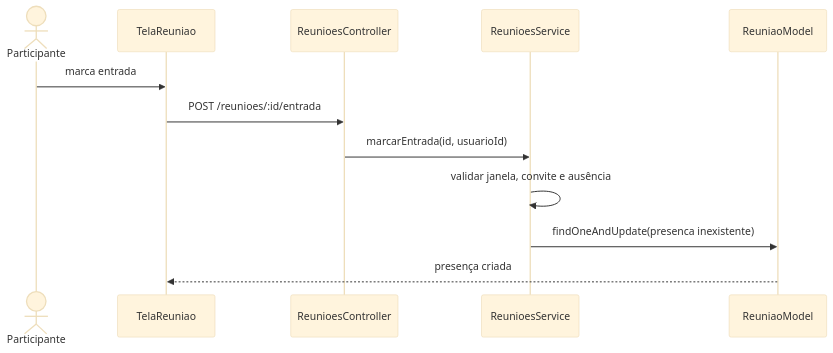
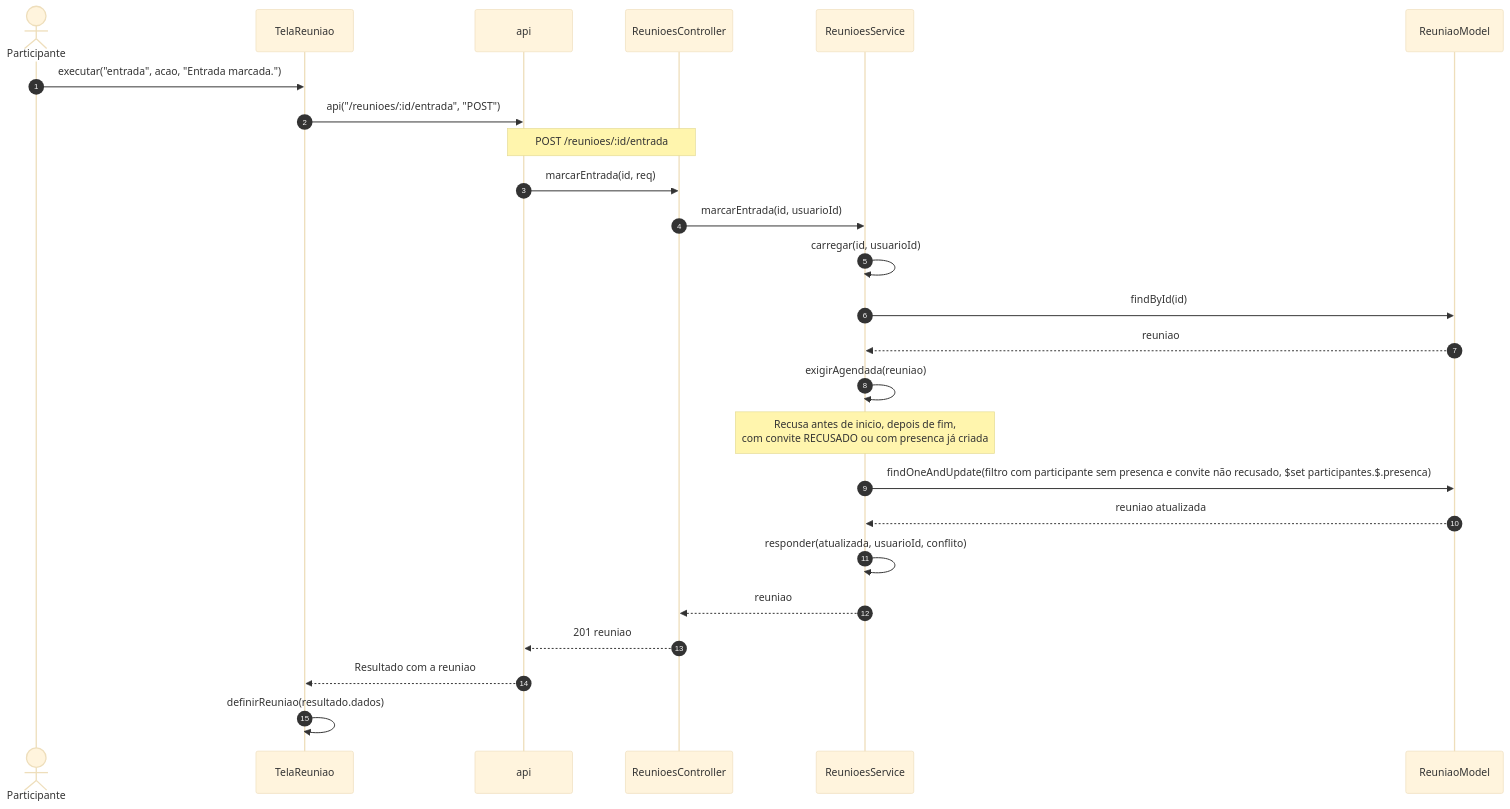
One commit to Conecta-IFSP/DOCUMENTATION changed the sixth of 13 diagrams in 3 - Incremento2/reunioes/6 - diagramas-sequencia-reunioes.md. Above: the diagram before and after it, drawn with Mermaid (base theme). The commit also changed other lines of this file and 26 other files, not shown here.

````diff
--- a/3 - Incremento2/reunioes/6 - diagramas-sequencia-reunioes.md
+++ b/3 - Incremento2/reunioes/6 - diagramas-sequencia-reunioes.md
@@ -98,14 +179,27 @@
 ```mermaid
 sequenceDiagram
+    autonumber
     actor U as Participante
     participant T as TelaReuniao
+    participant A as api
     participant C as ReunioesController
     participant S as ReunioesService
     participant M as ReuniaoModel
-    U->>T: marca entrada
-    T->>C: POST /reunioes/:id/entrada
+    U->>T: executar("entrada", acao, "Entrada marcada.")
+    T->>A: api("/reunioes/:id/entrada", "POST")
+    Note over A,C: POST /reunioes/:id/entrada
+    A->>C: marcarEntrada(id, req)
     C->>S: marcarEntrada(id, usuarioId)
-    S->>S: validar janela, convite e ausência
-    S->>M: findOneAndUpdate(presenca inexistente)
-    M-->>T: presença criada
+    S->>S: carregar(id, usuarioId)
+    S->>M: findById(id)
+    M-->>S: reuniao
+    S->>S: exigirAgendada(reuniao)
+    Note over S: Recusa antes de inicio, depois de fim,<br/>com convite RECUSADO ou com presenca já criada
+    S->>M: findOneAndUpdate(filtro com participante sem presenca e convite não recusado, $set participantes.$.presenca)
+    M-->>S: reuniao atualizada
+    S->>S: responder(atualizada, usuarioId, conflito)
+    S-->>C: reuniao
+    C-->>A: 201 reuniao
+    A-->>T: Resultado com a reuniao
+    T->>T: definirReuniao(resultado.dados)
 ```
````
